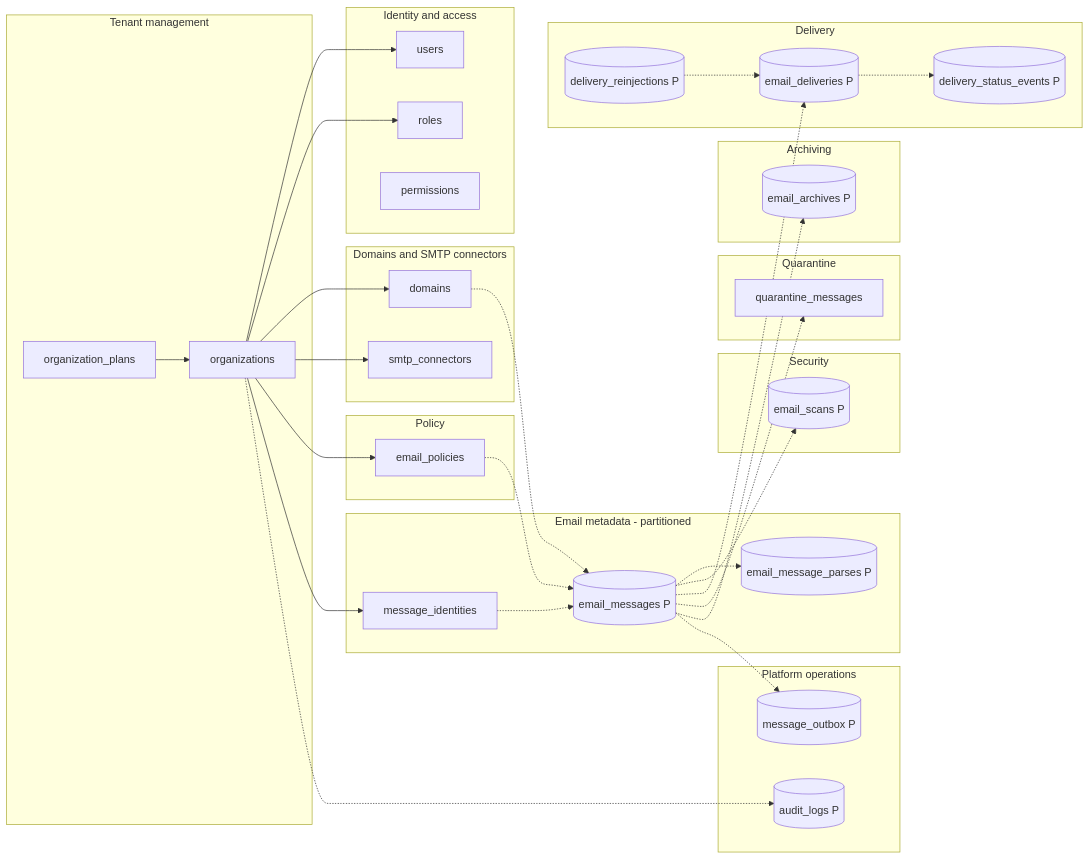
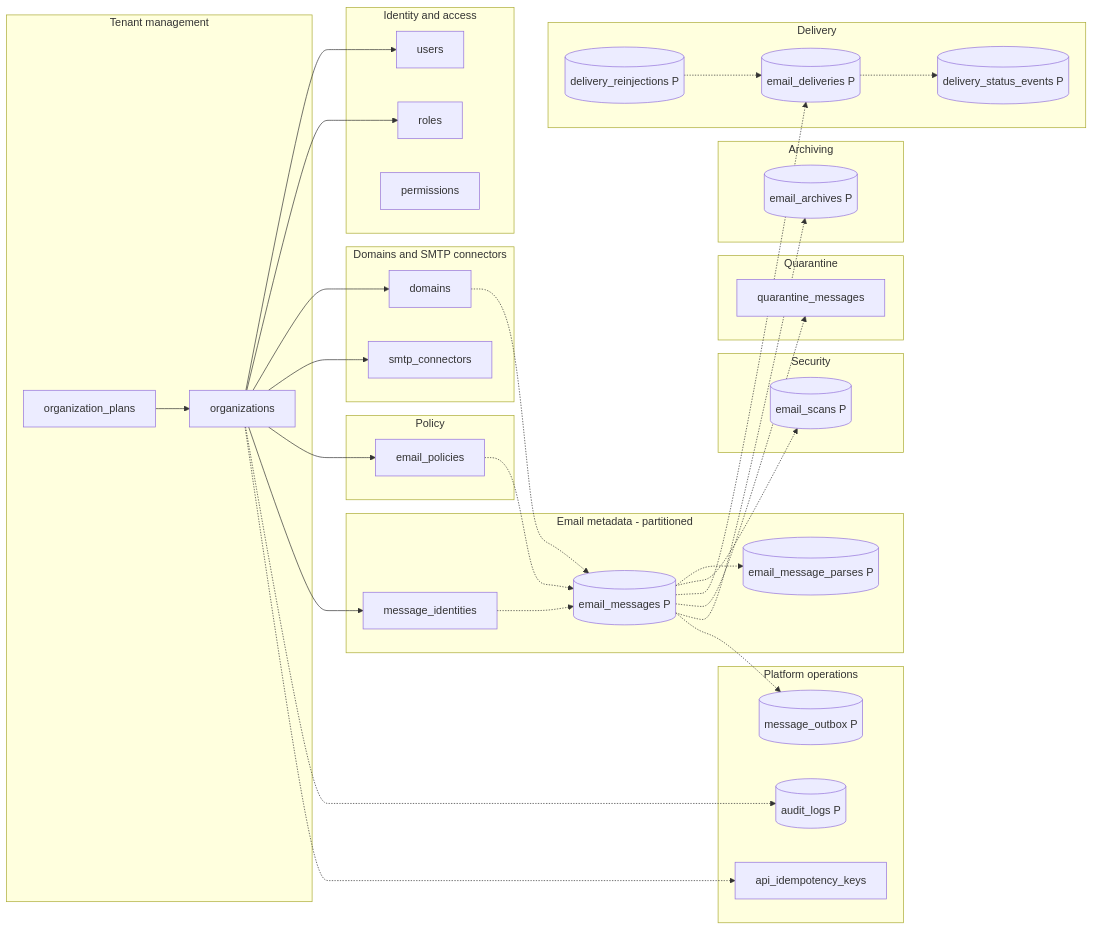
Before and after one commit to mnnitsarvesh-ai/email-gateway: the first of 11 diagrams in docs/database/er-diagram.md, drawn with Mermaid. The commit also changed other lines of this file and 211 other files, not shown here.

````diff
--- a/docs/database/er-diagram.md
+++ b/docs/database/er-diagram.md
@@ -14,61 +14,63 @@
 ```mermaid
 flowchart LR
   subgraph tenant[Tenant management]
     organizations
     organization_plans
   end
   subgraph iam[Identity and access]
     users
     roles
     permissions
   end
   subgraph domain[Domains and SMTP connectors]
     domains
     smtp_connectors
   end
   subgraph mail[Email metadata - partitioned]
     message_identities
     email_messages[(email_messages P)]
     email_message_parses[(email_message_parses P)]
   end
   subgraph security[Security]
     email_scans[(email_scans P)]
   end
   subgraph policy[Policy]
     email_policies
   end
   subgraph delivery[Delivery]
     email_deliveries[(email_deliveries P)]
     delivery_reinjections[(delivery_reinjections P)]
     delivery_status_events[(delivery_status_events P)]
   end
   subgraph quarantine[Quarantine]
     quarantine_messages
   end
   subgraph archive[Archiving]
     email_archives[(email_archives P)]
   end
   subgraph ops[Platform operations]
     message_outbox[(message_outbox P)]
     audit_logs[(audit_logs P)]
+    api_idempotency_keys
   end
   organization_plans --> organizations
   organizations --> users
   organizations --> roles
   organizations --> domains
   organizations --> smtp_connectors
   organizations --> email_policies
   organizations --> message_identities
   message_identities -.-> email_messages
   domains -.-> email_messages
   email_messages -.-> email_message_parses
   email_messages -.-> email_scans
   email_messages -.-> email_deliveries
   delivery_reinjections -.-> email_deliveries
   email_deliveries -.-> delivery_status_events
   email_messages -.-> quarantine_messages
   email_messages -.-> email_archives
   email_messages -.-> message_outbox
   email_policies -.-> email_messages
   organizations -.-> audit_logs
+  organizations -.-> api_idempotency_keys
 ```
````
